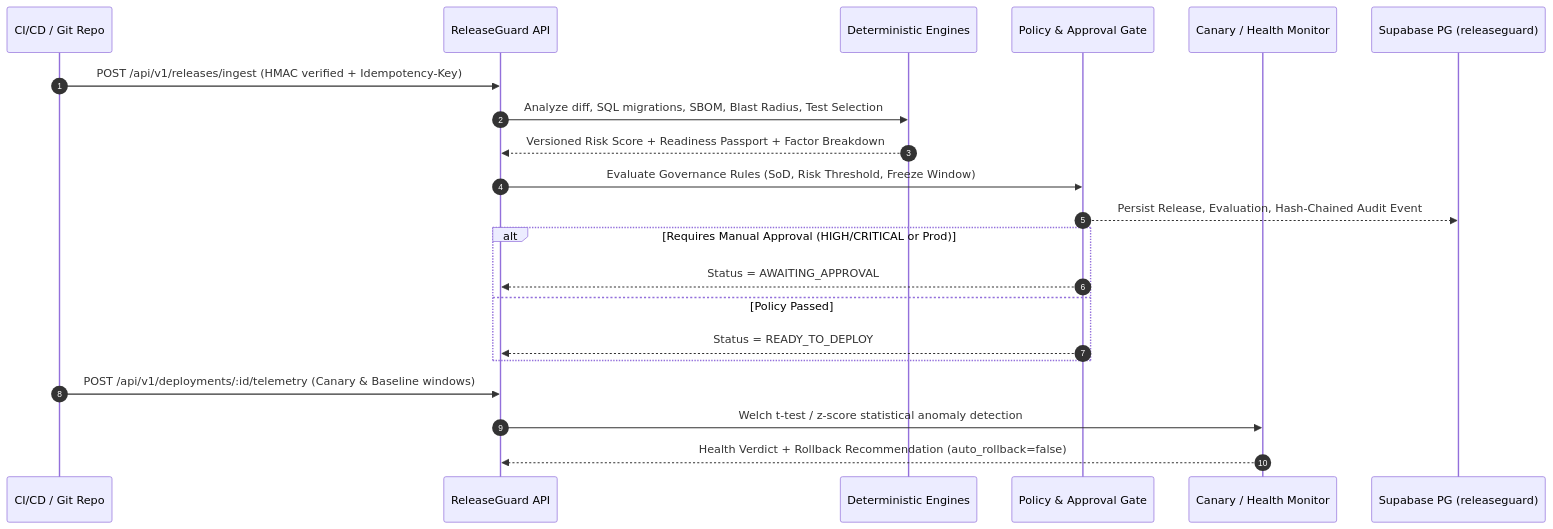
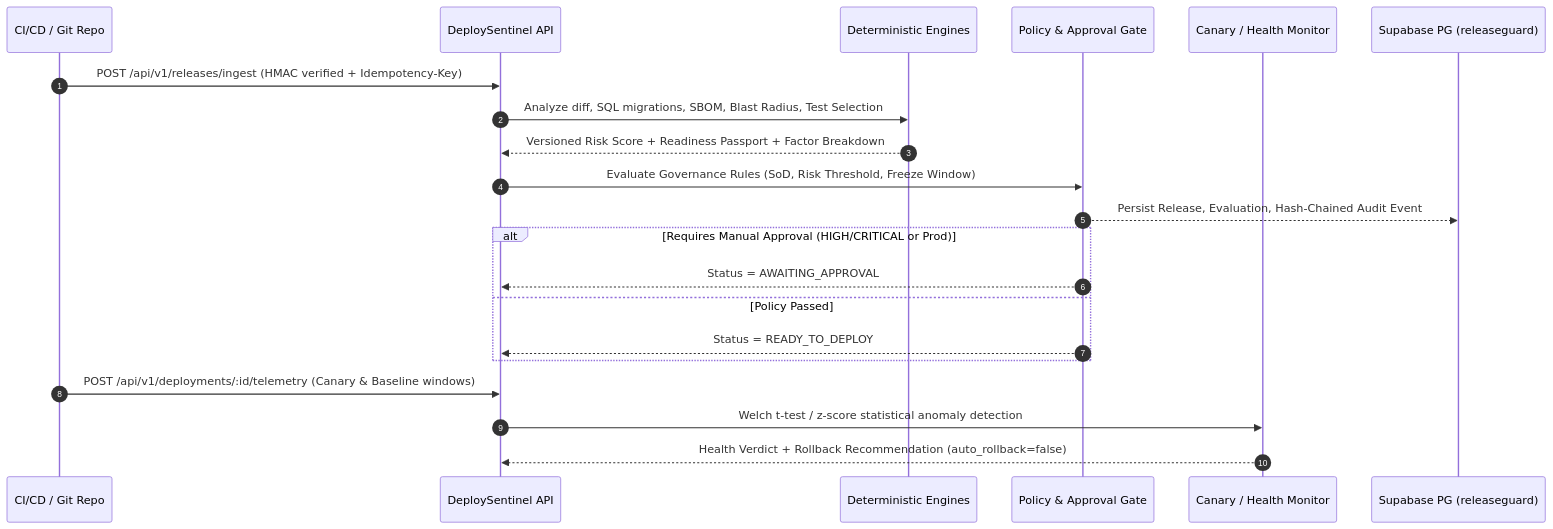
One commit to Madanpatel21/DeploySentinel changed the second of 2 diagrams in docs/ARCHITECTURE.md. Above: the diagram before and after it, drawn with Mermaid. The commit also changed other lines of this file and 55 other files, not shown here.

Commit message:
chore: rename project from ReleaseGuard to DeploySentinel across codebase, docs, and assets

````diff
--- a/docs/ARCHITECTURE.md
+++ b/docs/ARCHITECTURE.md
@@ -61,24 +61,24 @@
 ```mermaid
 sequenceDiagram
     autonumber
     participant CI as CI/CD / Git Repo
-    participant API as ReleaseGuard API
+    participant API as DeploySentinel API
     participant ENG as Deterministic Engines
     participant POL as Policy & Approval Gate
     participant CAN as Canary / Health Monitor
     participant DB as Supabase PG (releaseguard)
 
     CI->>API: POST /api/v1/releases/ingest (HMAC verified + Idempotency-Key)
     API->>ENG: Analyze diff, SQL migrations, SBOM, Blast Radius, Test Selection
     ENG-->>API: Versioned Risk Score + Readiness Passport + Factor Breakdown
     API->>POL: Evaluate Governance Rules (SoD, Risk Threshold, Freeze Window)
     POL-->>DB: Persist Release, Evaluation, Hash-Chained Audit Event
     alt Requires Manual Approval (HIGH/CRITICAL or Prod)
         POL-->>API: Status = AWAITING_APPROVAL
     else Policy Passed
         POL-->>API: Status = READY_TO_DEPLOY
     end
     CI->>API: POST /api/v1/deployments/:id/telemetry (Canary & Baseline windows)
     API->>CAN: Welch t-test / z-score statistical anomaly detection
     CAN-->>API: Health Verdict + Rollback Recommendation (auto_rollback=false)
 ```
````
